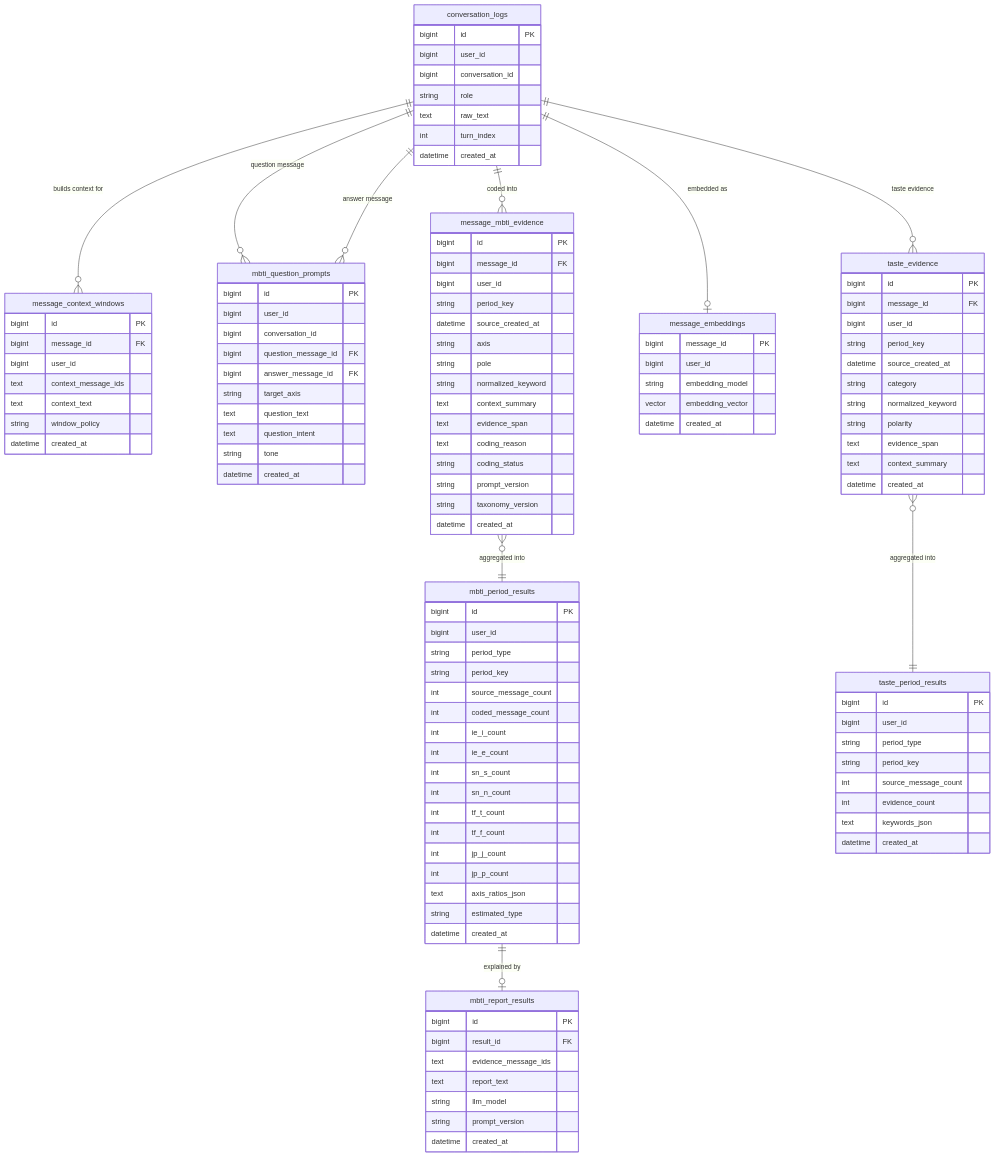
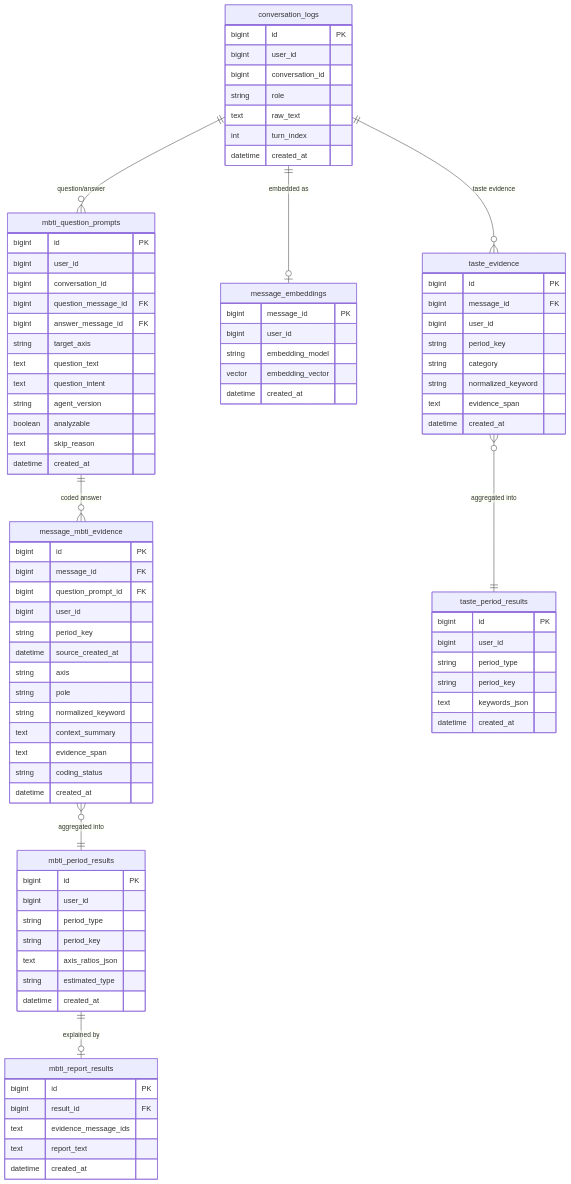
One commit to SKNETWORKS-FAMILY-AICAMP/SKN27-FINAL-4Team changed the seventh of 7 diagrams in docs/한재웅/MBTI_성향추정_프로세스_흐름_보고서_현실권장구조_최종개편본.md. Above: the diagram before and after it, drawn with Mermaid. The commit also changed other lines of this file, not shown here.

Commit message:
문서(분석기능만 있는 프로세스 흐름도 및 시퀀스 다이어그램)  반영

````diff
--- a/docs/한재웅/MBTI_성향추정_프로세스_흐름_보고서_현실권장구조_최종개편본.md
+++ b/docs/한재웅/MBTI_성향추정_프로세스_흐름_보고서_현실권장구조_최종개편본.md
@@ -632,16 +335,6 @@
         datetime created_at
     }
 
-    message_context_windows {
-        bigint id PK
-        bigint message_id FK
-        bigint user_id
-        text context_message_ids
-        text context_text
-        string window_policy
-        datetime created_at
-    }
-
     mbti_question_prompts {
         bigint id PK
         bigint user_id
@@ -651,13 +344,16 @@
         string target_axis
         text question_text
         text question_intent
-        string tone
+        string agent_version
+        boolean analyzable
+        text skip_reason
         datetime created_at
     }
 
     message_mbti_evidence {
         bigint id PK
         bigint message_id FK
+        bigint question_prompt_id FK
         bigint user_id
         string period_key
         datetime source_created_at
@@ -666,10 +362,7 @@
         string normalized_keyword
         text context_summary
         text evidence_span
-        text coding_reason
         string coding_status
-        string prompt_version
-        string taxonomy_version
         datetime created_at
     }
 
@@ -678,16 +371,6 @@
         bigint user_id
         string period_type
         string period_key
-        int source_message_count
-        int coded_message_count
-        int ie_i_count
-        int ie_e_count
-        int sn_s_count
-        int sn_n_count
-        int tf_t_count
-        int tf_f_count
-        int jp_j_count
-        int jp_p_count
         text axis_ratios_json
         string estimated_type
         datetime created_at
@@ -706,8 +389,6 @@
         bigint result_id FK
         text evidence_message_ids
         text report_text
-        string llm_model
-        string prompt_version
         datetime created_at
     }
 
@@ -716,12 +397,9 @@
         bigint message_id FK
         bigint user_id
         string period_key
-        datetime source_created_at
         string category
         string normalized_keyword
-        string polarity
         text evidence_span
-        text context_summary
         datetime created_at
     }
 
@@ -730,19 +408,15 @@
         bigint user_id
         string period_type
         string period_key
-        int source_message_count
-        int evidence_count
         text keywords_json
         datetime created_at
     }
 
-    conversation_logs ||--o{ message_context_windows : "builds context for"
-    conversation_logs ||--o{ mbti_question_prompts : "question message"
-    conversation_logs ||--o{ mbti_question_prompts : "answer message"
-    conversation_logs ||--o{ message_mbti_evidence : "coded into"
-    conversation_logs ||--o| message_embeddings : "embedded as"
+    conversation_logs ||--o{ mbti_question_prompts : "question/answer"
+    mbti_question_prompts ||--o{ message_mbti_evidence : "coded answer"
     message_mbti_evidence }o--|| mbti_period_results : "aggregated into"
     mbti_period_results ||--o| mbti_report_results : "explained by"
+    conversation_logs ||--o| message_embeddings : "embedded as"
     conversation_logs ||--o{ taste_evidence : "taste evidence"
     taste_evidence }o--|| taste_period_results : "aggregated into"
 ```
````
